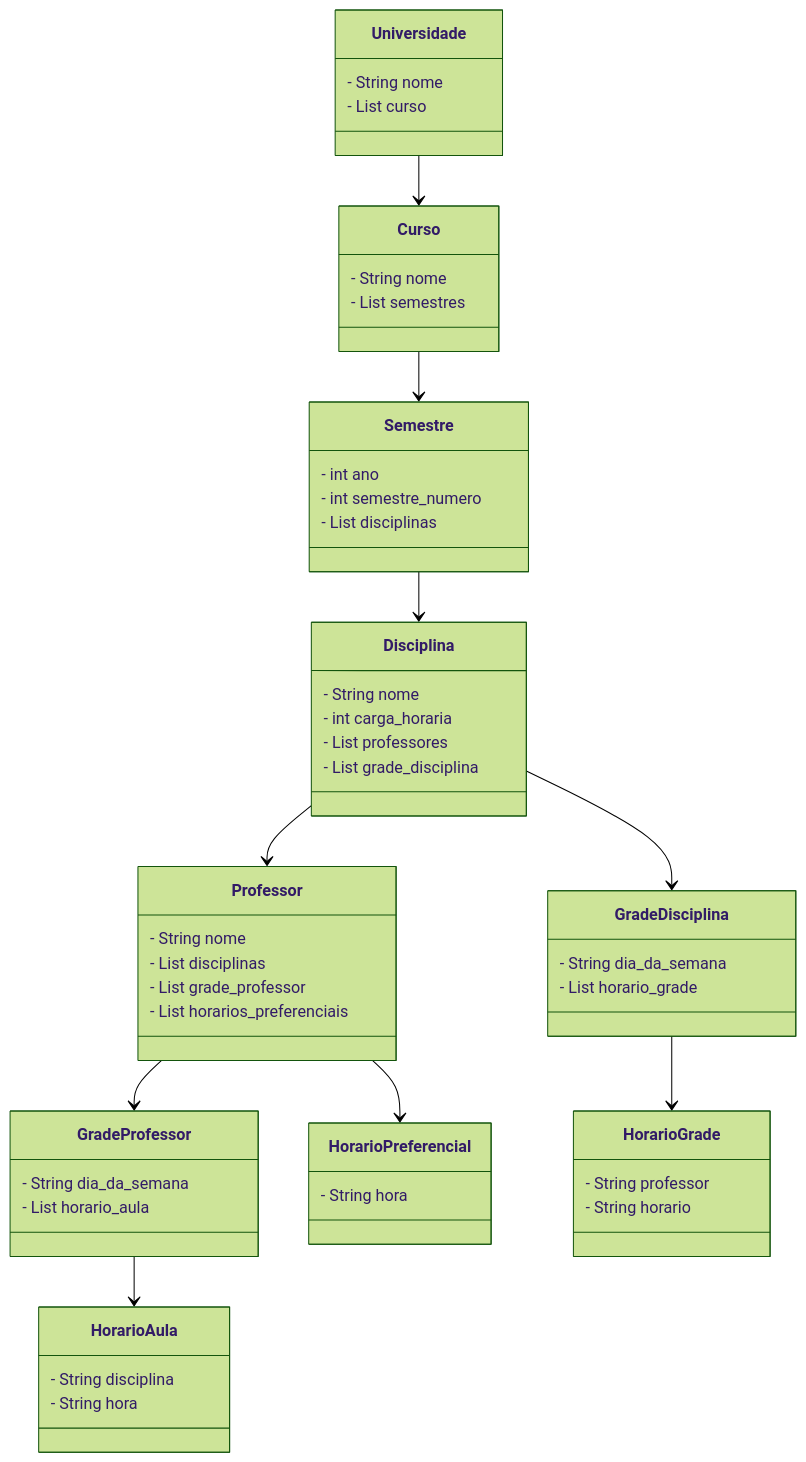
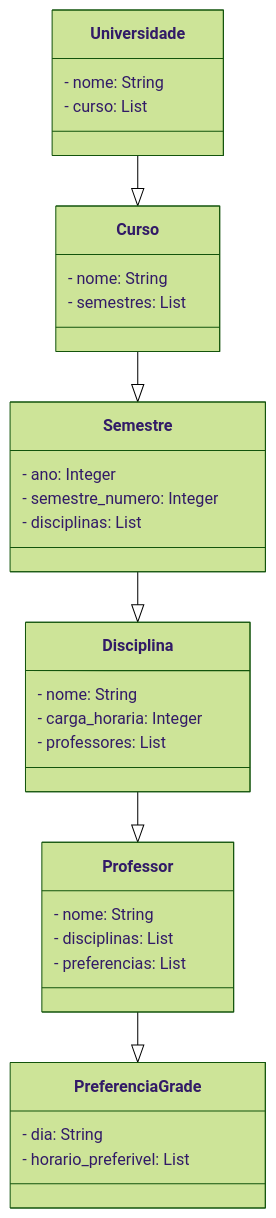
Before and after one commit to danilohsaraiva/api-rest-nti-alocacao-horario: the diagram in README.md, drawn with Mermaid (forest theme). The commit also changed other lines of this file and 34 other files, not shown here.

````diff
--- a/README.md
+++ b/README.md
@@ -13,58 +14,42 @@
 ```mermaid
 classDiagram
   class Universidade {
-    - String nome
-    - List<Curso> curso
-  }
-  class Curso {
-    - String nome
-    - List<Semestre> semestres
-  }
-  class Semestre {
-    - int ano
-    - int semestre_numero
-    - List<Disciplina> disciplinas
-  }
-  class Disciplina {
-    - String nome
-    - int carga_horaria
-    - List<Professor> professores
-    - List<GradeDisciplina> grade_disciplina
-  }
-  class Professor {
-    - String nome
-    - List<Disciplina> disciplinas
-    - List<GradeProfessor> grade_professor
-    - List<HorarioPreferencial> horarios_preferenciais
-  }
-  class GradeDisciplina {
-    - String dia_da_semana
-    - List<HorarioGrade> horario_grade
-  }
-  class GradeProfessor {
-    - String dia_da_semana
-    - List<HorarioAula> horario_aula
-  }
-  class HorarioGrade {
-    - String professor
-    - String horario
-  }
-  class HorarioAula {
-    - String disciplina
-    - String hora
-  }
-  class HorarioPreferencial {
-    - String hora
+    - nome: String
+    - curso: List<Curso>
   }
 
-Universidade --> Curso
-Curso --> Semestre
-Semestre --> Disciplina
-Disciplina --> Professor
-Disciplina --> GradeDisciplina
-Professor --> GradeProfessor
-Professor --> HorarioPreferencial
-GradeDisciplina --> HorarioGrade
-GradeProfessor --> HorarioAula
+  class Curso {
+    - nome: String
+    - semestres: List<Semestre>
+  }
+
+  class Semestre {
+    - ano: Integer
+    - semestre_numero: Integer
+    - disciplinas: List<Disciplina>
+  }
+
+  class Disciplina {
+    - nome: String
+    - carga_horaria: Integer
+    - professores: List<Professor>
+  }
+
+  class Professor {
+    - nome: String
+    - disciplinas: List<Disciplina>
+    - preferencias: List<PreferenciaGrade>
+  }
+
+  class PreferenciaGrade {
+    - dia: String
+    - horario_preferivel: List<String>
+  }
+
+Universidade --|> Curso
+Curso --|> Semestre
+Semestre --|> Disciplina
+Disciplina --|> Professor
+Professor --|> PreferenciaGrade
 
 ```
````
